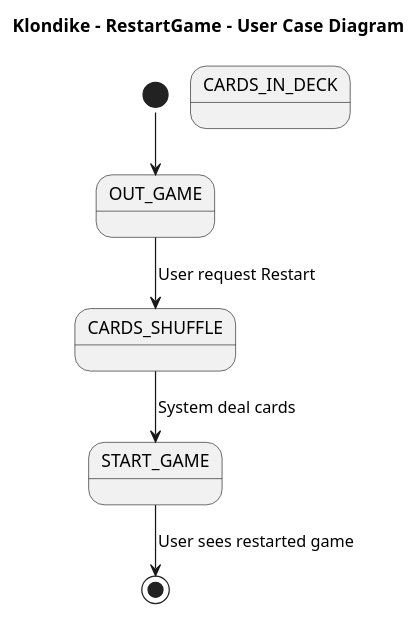
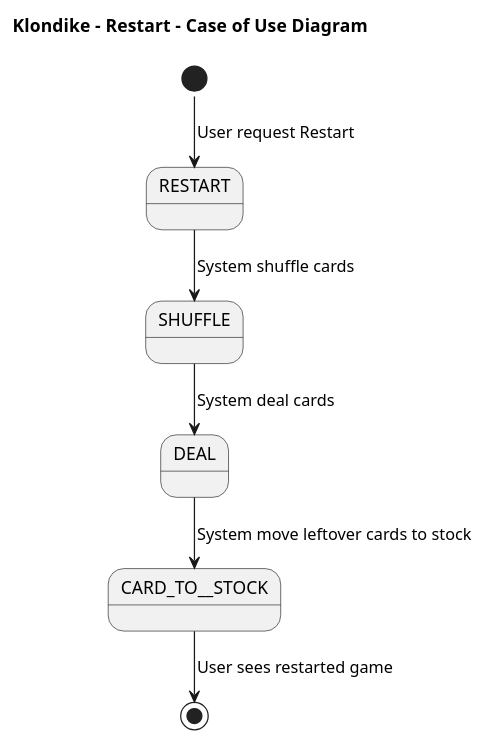
The diagram in 2 Modelo de vistas de caso de uso/Diagrama de caso de uso - RestartGame.plantuml (AngelOS95P/Maestria_IngSoftware_grupo6), drawn with PlantUML before and after one commit. The commit also changed 44 other files, not shown here.

```diff
--- a/2 Modelo de vistas de caso de uso/Diagrama de caso de uso - RestartGame.plantuml
+++ b/2 Modelo de vistas de caso de uso/Diagrama de caso de uso - RestartGame.plantuml
@@ -1,15 +1,15 @@
-@startuml UCRestartGame
-title Klondike  - RestartGame - User Case Diagram
+@startuml DetailActivityDiagram
+title Klondike  - Restart - Case of Use Diagram 
 !pragma layout smetana
 
-state OUT_GAME
-state CARDS_SHUFFLE
-state CARDS_IN_DECK
-state START_GAME
+state RESTART
+state SHUFFLE
+state CARD_TO__STOCK
+state DEAL
 
-[*] --> OUT_GAME
-OUT_GAME --> CARDS_SHUFFLE: User request Restart
-CARDS_SHUFFLE --> START_GAME: System deal cards
-START_GAME --> [*]: User sees restarted game
-
+[*] --> RESTART : User request Restart
+RESTART --> SHUFFLE: System shuffle cards
+SHUFFLE --> DEAL: System deal cards
+DEAL--> CARD_TO__STOCK: System move leftover cards to stock
+CARD_TO__STOCK  -->[*]: User sees restarted game
 @enduml
```
